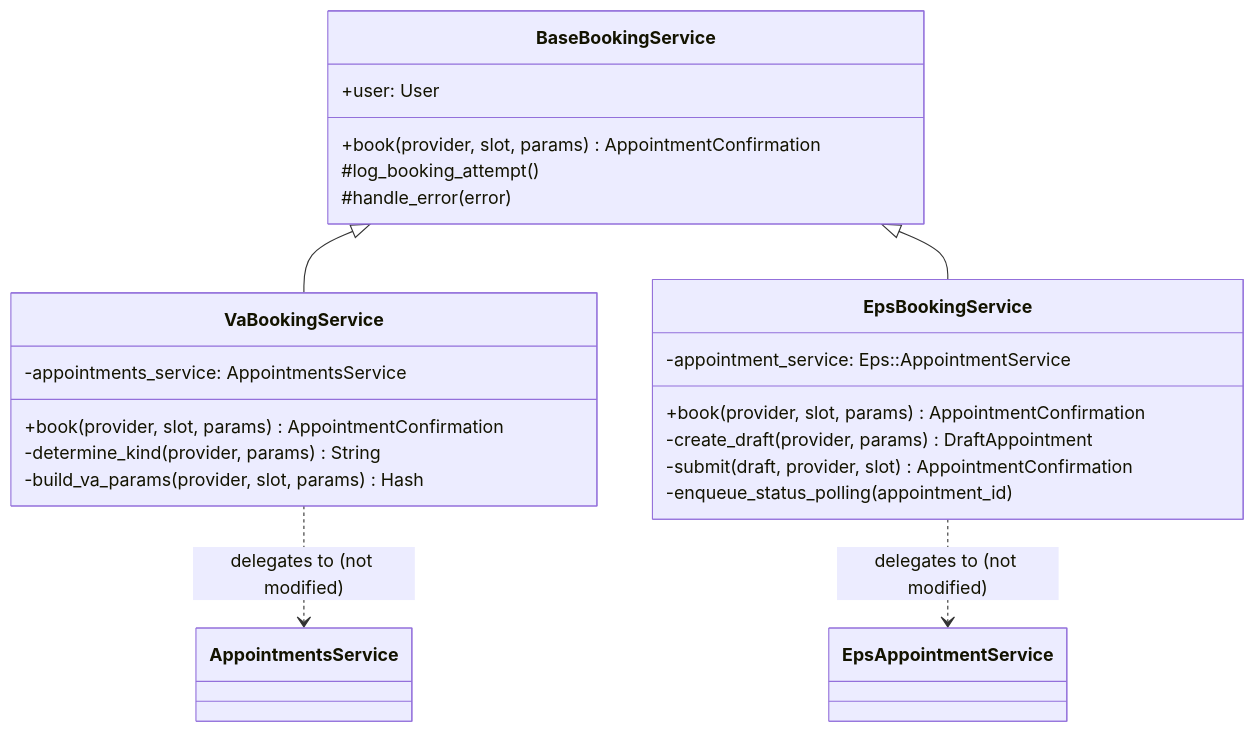
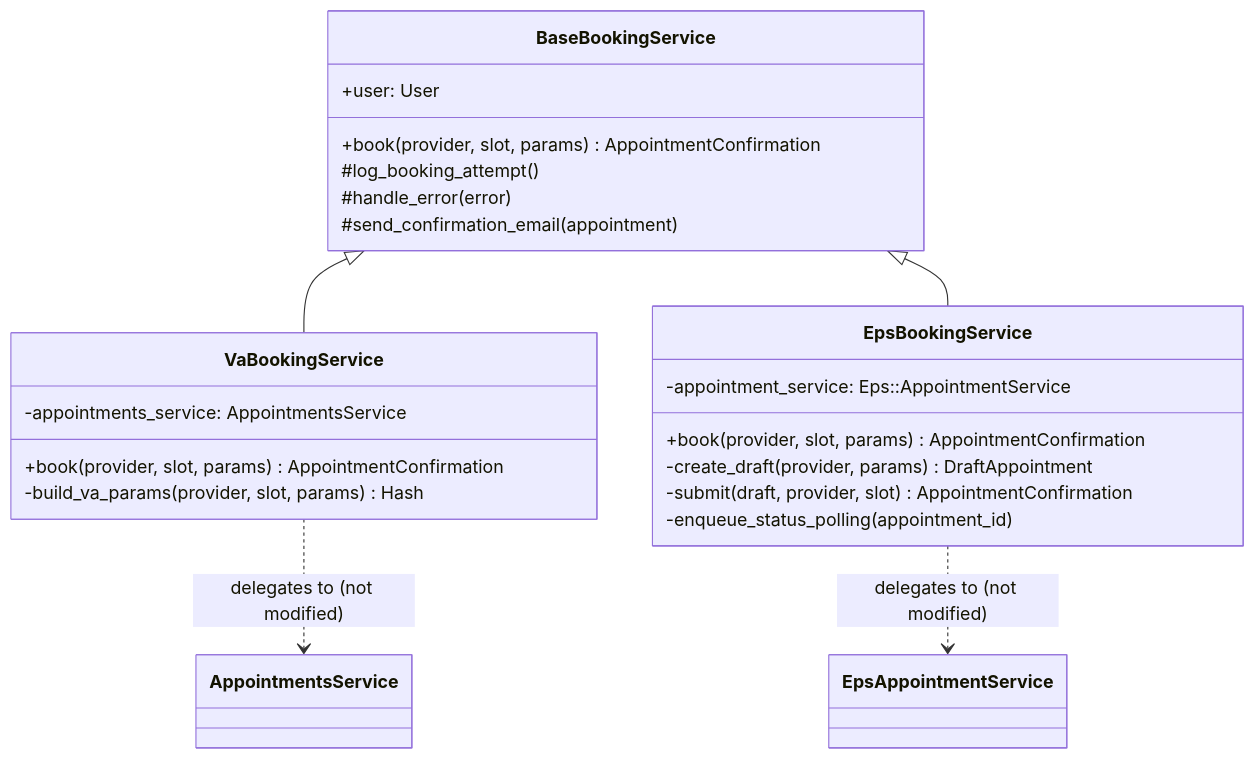
The sixth of 11 diagrams in products/health-care/appointments/va-online-scheduling/engineering/architecture/cc-direct-scheduling/community-care-technical-documentation.md (Ninjaneer321/va.gov-team), drawn with Mermaid before and after one commit. The commit also changed other lines of this file, not shown here.

````diff
--- a/products/health-care/appointments/va-online-scheduling/engineering/architecture/cc-direct-scheduling/community-care-technical-documentation.md
+++ b/products/health-care/appointments/va-online-scheduling/engineering/architecture/cc-direct-scheduling/community-care-technical-documentation.md
@@ -230,30 +233,30 @@
 ```mermaid
 classDiagram
     class BaseBookingService {
         +user: User
         +book(provider, slot, params) AppointmentConfirmation
         #log_booking_attempt()
         #handle_error(error)
+        #send_confirmation_email(appointment)
     }
 
     class VaBookingService {
         -appointments_service: AppointmentsService
         +book(provider, slot, params) AppointmentConfirmation
-        -determine_kind(provider, params) String
         -build_va_params(provider, slot, params) Hash
     }
 
     class EpsBookingService {
         -appointment_service: Eps::AppointmentService
         +book(provider, slot, params) AppointmentConfirmation
         -create_draft(provider, params) DraftAppointment
         -submit(draft, provider, slot) AppointmentConfirmation
         -enqueue_status_polling(appointment_id)
     }
 
     BaseBookingService <|-- VaBookingService
     BaseBookingService <|-- EpsBookingService
 
     VaBookingService ..> AppointmentsService : delegates to (not modified)
     EpsBookingService ..> EpsAppointmentService : delegates to (not modified)
 ```
````
